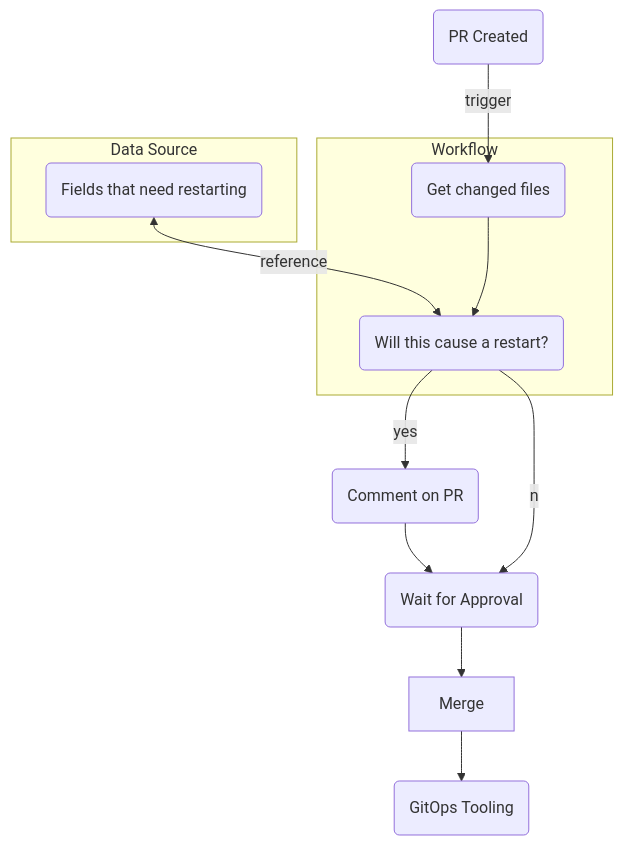
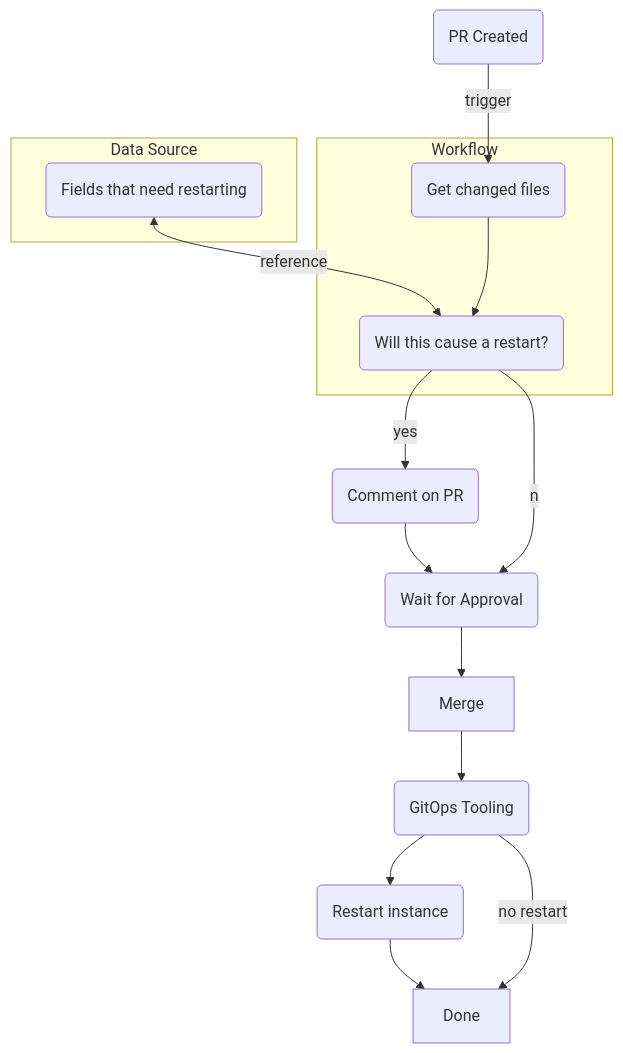
Before and after one commit to awslabs/crossplane-on-eks: the first of 3 diagrams in doc/rds-day-2.md, drawn with Mermaid. The commit also changed other lines of this file, not shown here.

````diff
--- a/doc/rds-day-2.md
+++ b/doc/rds-day-2.md
@@ -46,19 +56,23 @@
 ```mermaid
 flowchart TD
     Comment(Comment on PR)
 
     subgraph Workflow
         GetChangedFiles(Get changed files)
         GetChangedFiles(Get changed files)
         StepCheck(Will this cause a restart?)
     end
 
     subgraph Data Source 
         FieldDefinitions(Fields that need restarting)
     end 
 
+    Restart(Restart instance)
+
     FieldDefinitions <--reference--> StepCheck
 
     PR(PR Created) --trigger--> GetChangedFiles --> StepCheck --yes--> Comment --> Approval(Wait for Approval) --> Merge --> GitOps(GitOps Tooling)
-    StepCheck--no--> Approval 
+    StepCheck--no--> Approval
+    GitOps --> Restart --> Done
+    GitOps --no restart--> Done
 ```
````
